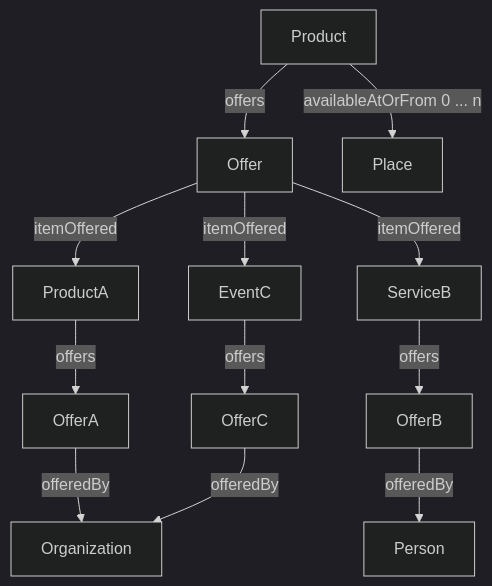
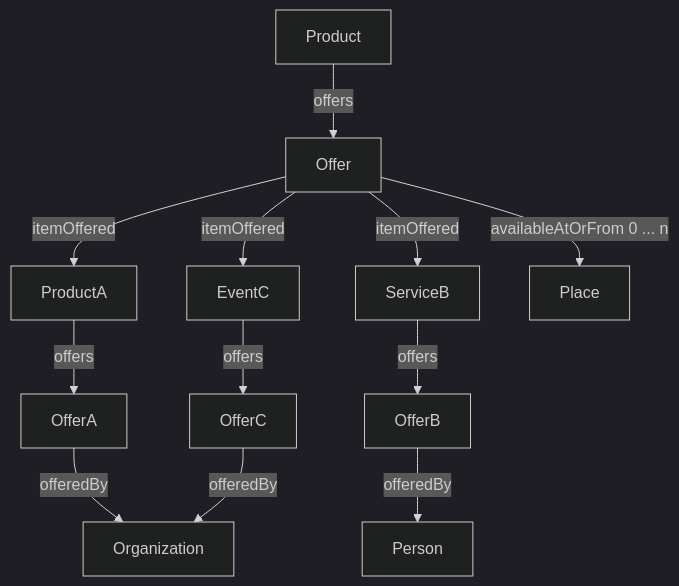
One commit to tsolenthaler/docs.contentdesk.io changed the diagram in docs/dev/concepts/gaestekarte.md. Above: the diagram before and after it, drawn with Mermaid (dark theme).

Commit message:
Refactor file paths for concepts and projects markdown files

````diff
--- a/docs/dev/concepts/gaestekarte.md
+++ b/docs/dev/concepts/gaestekarte.md
@@ -15,18 +15,18 @@
 ``` mermaid
 graph TD
     Product -->|offers|Offer
-    Product -->|availableAtOrFrom 0 ... n|Place
 
-    Offer-->|itemOffered|ProductA
-    Offer-->|itemOffered|ServiceB
-    Offer-->|itemOffered|EventC
+    Offer -->|itemOffered| ProductA
+    Offer -->|itemOffered| ServiceB
+    Offer -->|itemOffered| EventC
+    Offer -->|availableAtOrFrom 0 ... n| Place
 
-    ProductA-->|offers|OfferA
-    ServiceB-->|offers|OfferB
-    EventC-->|offers|OfferC
+    ProductA -->|offers| OfferA
+    ServiceB -->|offers| OfferB
+    EventC -->|offers| OfferC
 
 
-    OfferA -->|offeredBy|Organization
-    OfferB -->|offeredBy|Person
-    OfferC -->|offeredBy|Organization
+    OfferA -->|offeredBy| Organization
+    OfferB -->|offeredBy| Person
+    OfferC -->|offeredBy| Organization
 ```
````
